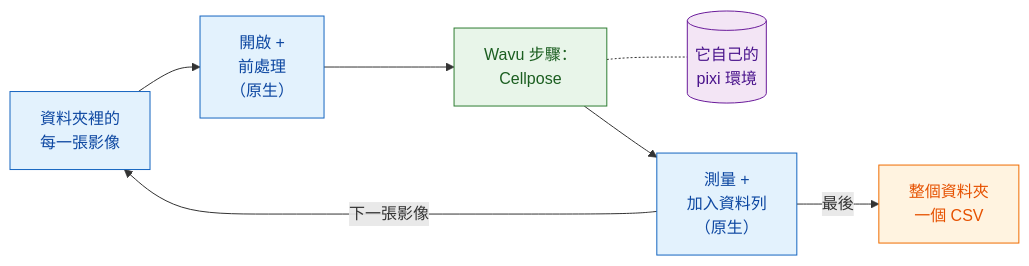
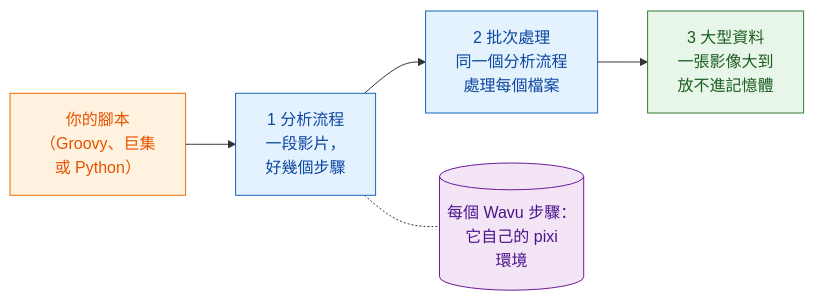
The diagram in guide/workflows/index.zh-Hant.md (Oxford-Zeiss-Centre-of-Excellence/Wavu), drawn with Mermaid before and after one commit. The commit also changed other lines of this file and 104 other files, not shown here.

````diff
--- a/guide/workflows/index.zh-Hant.md
+++ b/guide/workflows/index.zh-Hant.md
@@ -24,18 +42,15 @@
 ```mermaid
 flowchart LR
-    L["資料夾裡的<br/>每一張影像"]:::fiji
-    O["開啟 +<br/>前處理<br/>（原生）"]:::fiji
-    W["Wavu 步驟：<br/>Cellpose"]:::worker
-    E[("它自己的<br/>pixi 環境")]:::env
-    M["測量 +<br/>加入資料列<br/>（原生）"]:::fiji
-    C["整個資料夾<br/>一個 CSV"]:::script
-    L --> O --> W --> M
-    M -- "下一張影像" --> L
-    W -.- E
-    M -- "最後" --> C
+    S["你的腳本<br/>（Groovy、巨集<br/>或 Python）"]:::script
+    P["1 分析流程<br/>一段影片，<br/>好幾個步驟"]:::fiji
+    B["2 批次處理<br/>同一個分析流程<br/>處理每個檔案"]:::fiji
+    L["3 大型資料<br/>一張影像大到<br/>放不進記憶體"]:::worker
+    E[("每個 Wavu 步驟：<br/>它自己的 pixi<br/>環境")]:::env
+    S --> P --> B --> L
+    P -.- E
 
     classDef fiji   fill:#e3f2fd,stroke:#1565c0,color:#0d47a1
     classDef worker fill:#e8f5e9,stroke:#2e7d32,color:#1b5e20
     classDef script fill:#fff3e0,stroke:#ef6c00,color:#e65100
     classDef env    fill:#f3e5f5,stroke:#6a1b9a,color:#4a148c
 ```
````
